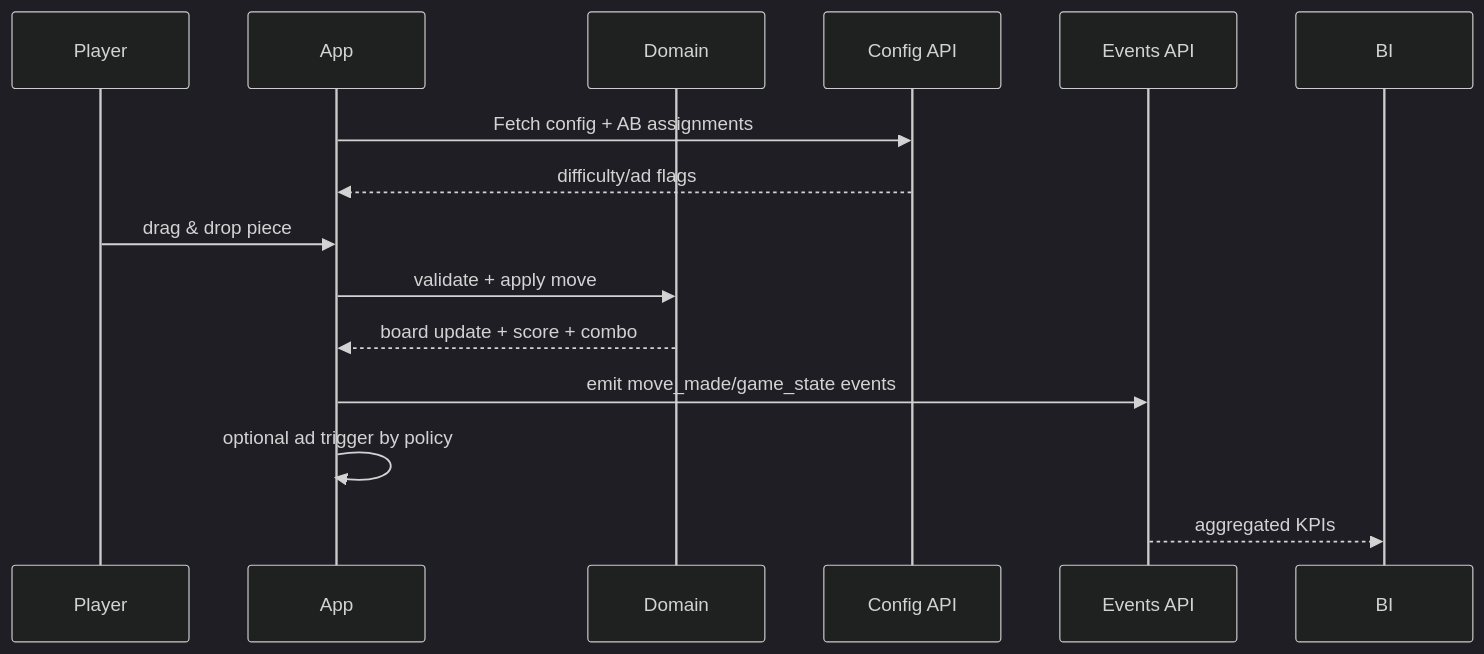
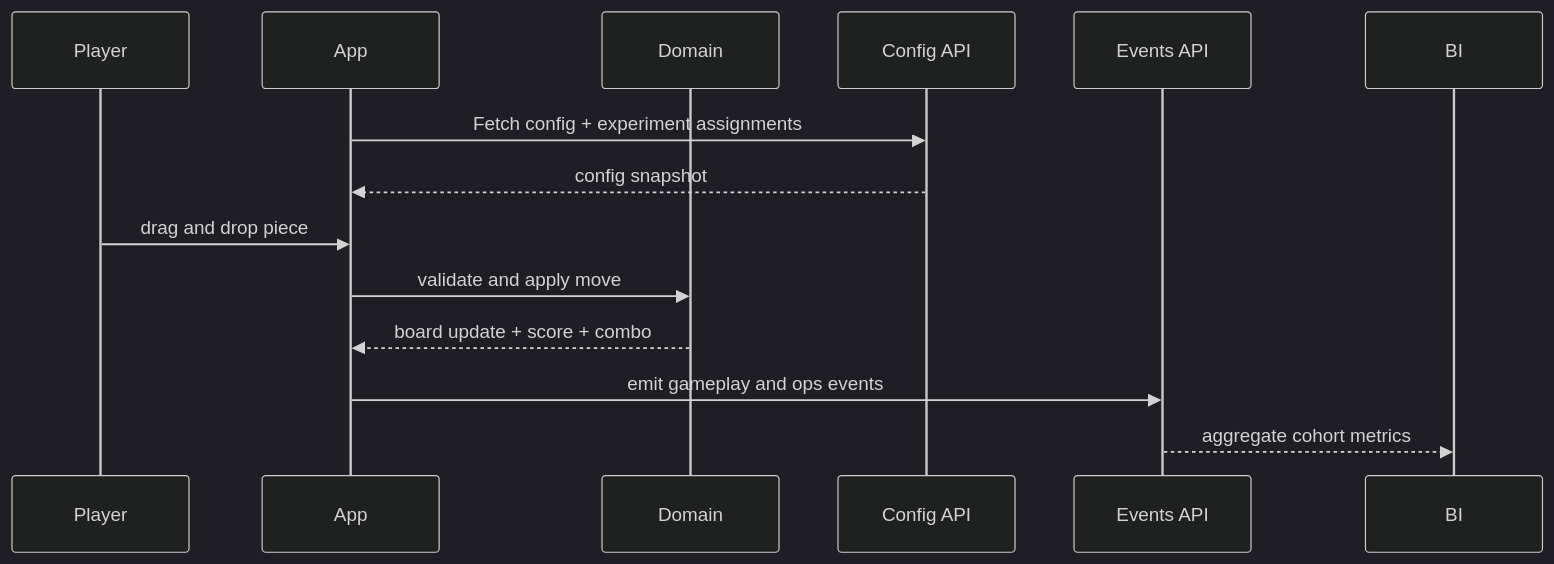
Before and after one commit to Linol-Hamelton/Block-Puzzle: the third of 4 diagrams in docs/architecture/03_RELATION_MAP.md, drawn with Mermaid (dark theme). The commit also changed other lines of this file and 180 other files, not shown here.

Commit message:
chore: sync current project state and roadmap/docs updates

````diff
--- a/docs/architecture/03_RELATION_MAP.md
+++ b/docs/architecture/03_RELATION_MAP.md
@@ -35,18 +34,17 @@
 ```mermaid
 sequenceDiagram
   participant P as Player
   participant A as App
   participant D as Domain
   participant RC as Config API
   participant E as Events API
   participant B as BI
 
-  A->>RC: Fetch config + AB assignments
-  RC-->>A: difficulty/ad flags
-  P->>A: drag & drop piece
-  A->>D: validate + apply move
+  A->>RC: Fetch config + experiment assignments
+  RC-->>A: config snapshot
+  P->>A: drag and drop piece
+  A->>D: validate and apply move
   D-->>A: board update + score + combo
-  A->>E: emit move_made/game_state events
-  A->>A: optional ad trigger by policy
-  E-->>B: aggregated KPIs
+  A->>E: emit gameplay and ops events
+  E-->>B: aggregate cohort metrics
 ```
````
